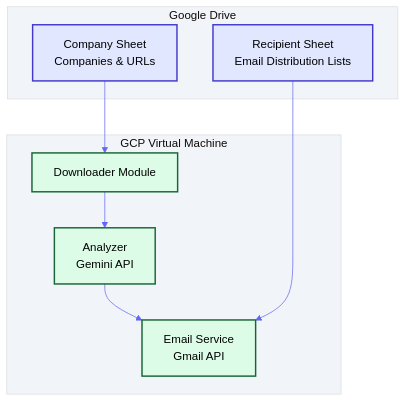
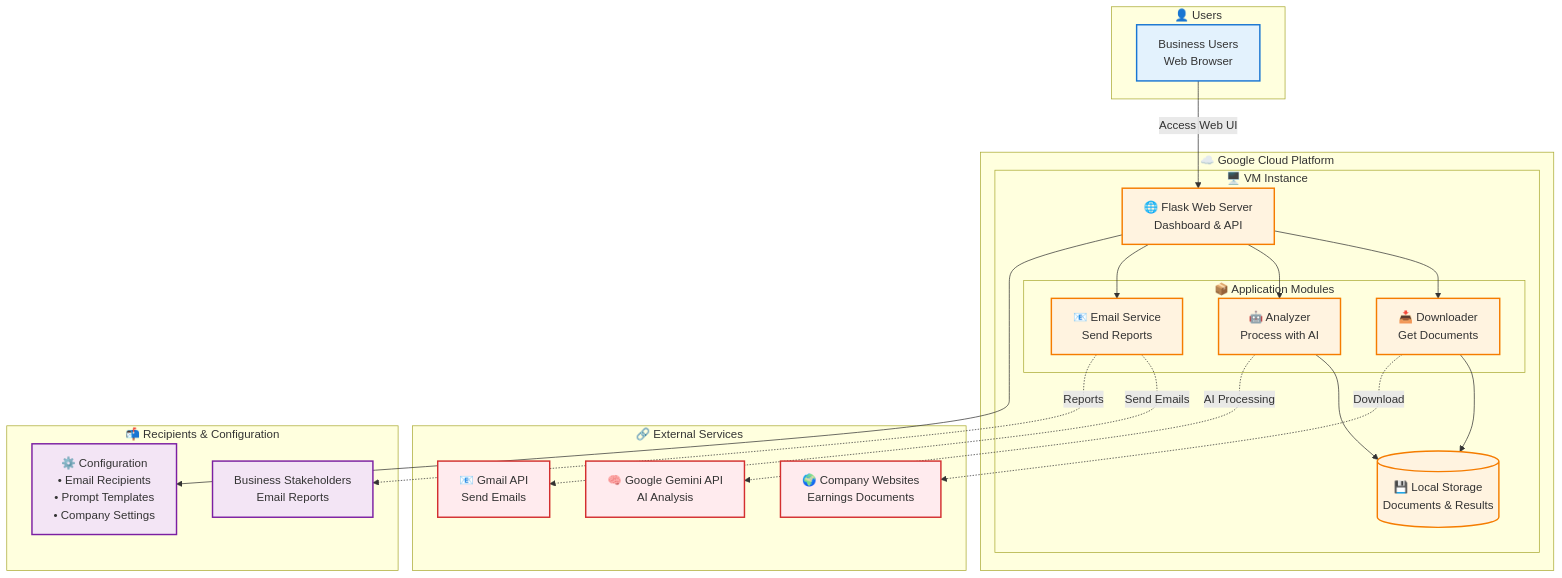
One commit to aimlllm/gemini_agent changed the first of 2 diagrams in README.md. Above: the diagram before and after it, drawn with Mermaid. The commit also changed other lines of this file, not shown here.

````diff
--- a/README.md
+++ b/README.md
@@ -18,45 +21,62 @@
 ```mermaid
-%%{init: {
-  'theme': 'base',
-  'themeVariables': {
-    'primaryColor': '#4F46E5',
-    'primaryTextColor': '#000000',
-    'primaryBorderColor': '#4338CA',
-    'lineColor': '#6366F1',
-    'secondaryColor': '#E2E8F0',
-    'tertiaryColor': '#F1F5F9',
-    'textColor': '#000000',
-    'mainBkg': '#ffffff'
-  }
-}}%%
 graph TB
-    %% Google Drive Spreadsheets
-    CS[Company Sheet<br>Companies & URLs]
-    RS[Recipient Sheet<br>Email Distribution Lists]
-    
-    %% GCP Virtual Machine components
-    subgraph VM["GCP Virtual Machine"]
-        DL[Downloader Module]
-        AN[Analyzer<br>Gemini API]
-        ES[Email Service<br>Gmail API]
-        DL --> AN --> ES
+    subgraph "👤 Users"
+        USER[Business Users<br/>Web Browser]
     end
     
-    %% Google Drive container for spreadsheets only
-    subgraph GD["Google Drive"]
-        CS
-        RS
+    subgraph "☁️ Google Cloud Platform"
+        subgraph "🖥️ VM Instance"
+            WEB[🌐 Flask Web Server<br/>Dashboard & API]
+            
+            subgraph "📦 Application Modules"
+                DOWN[📥 Downloader<br/>Get Documents]
+                ANALYZE[🤖 Analyzer<br/>Process with AI]
+                EMAIL[📧 Email Service<br/>Send Reports]
+            end
+            
+            STORAGE[(💾 Local Storage<br/>Documents & Results)]
+        end
     end
     
-    %% Connections
-    CS --> DL
-    RS --> ES
+    subgraph "🔗 External Services"
+        GEMINI[🧠 Google Gemini API<br/>AI Analysis]
+        GMAIL[📧 Gmail API<br/>Send Emails]
+        DOCS[🌍 Company Websites<br/>Earnings Documents]
+    end
+    
+    subgraph "📬 Recipients & Configuration"
+        STAKEHOLDERS[Business Stakeholders<br/>Email Reports]
+        CONFIG[⚙️ Configuration<br/>• Email Recipients<br/>• Prompt Templates<br/>• Company Settings]
+    end
+    
+    %% User Flow
+    USER -->|Access Web UI| WEB
+    
+    %% Internal Flow
+    WEB --> DOWN
+    WEB --> ANALYZE  
+    WEB --> EMAIL
+    DOWN --> STORAGE
+    ANALYZE --> STORAGE
+    WEB --> CONFIG
+    
+    %% External API Calls
+    DOWN -.->|Download| DOCS
+    ANALYZE -.->|AI Processing| GEMINI
+    EMAIL -.->|Send Emails| GMAIL
+    
+    %% Output
+    EMAIL -.->|Reports| STAKEHOLDERS
     
     %% Styling
-    classDef default fill:#F8FAFC,stroke:#475569,stroke-width:2px
-    classDef config fill:#E0E7FF,stroke:#4338CA,stroke-width:2px
-    classDef compute fill:#DCFCE7,stroke:#166534,stroke-width:2px
+    classDef userClass fill:#E3F2FD,stroke:#1976D2,stroke-width:2px
+    classDef gcpClass fill:#FFF3E0,stroke:#F57C00,stroke-width:2px
+    classDef moduleClass fill:#E8F5E8,stroke:#388E3C,stroke-width:2px
+    classDef apiClass fill:#FFEBEE,stroke:#D32F2F,stroke-width:2px
+    classDef configClass fill:#F3E5F5,stroke:#7B1FA2,stroke-width:2px
     
-    class CS,RS config
-    class DL,AN,ES compute
+    class USER userClass
+    class WEB,DOWN,ANALYZE,EMAIL,STORAGE gcpClass
+    class GEMINI,GMAIL,DOCS apiClass
+    class STAKEHOLDERS,CONFIG configClass
 ```
````
